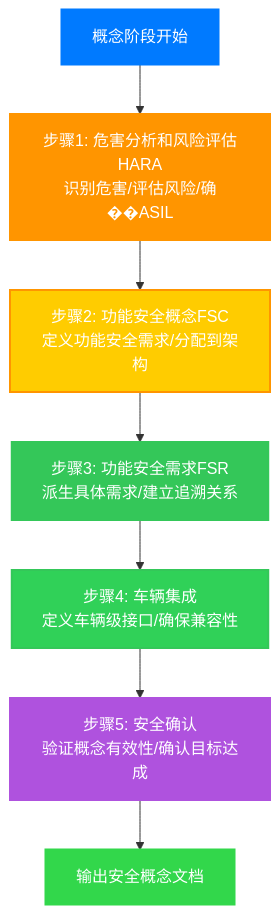
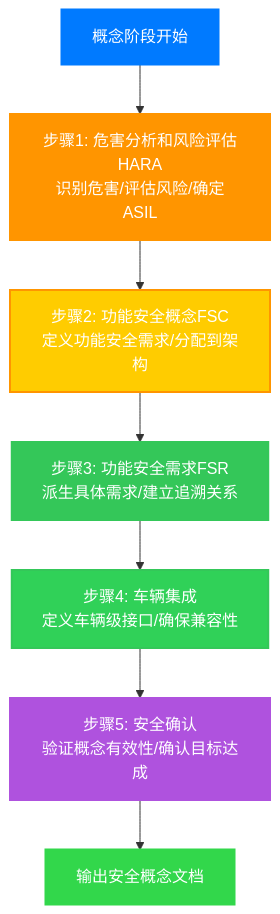
One commit to s-ai-unix/blog changed the diagram in content/posts/2026-01-11-iso26262-3-concept.md. Above: the diagram before and after it, drawn with Mermaid. The commit also changed 1 other file, not shown here.

Commit message:
Fix encoding issues

````diff
--- a/content/posts/2026-01-11-iso26262-3-concept.md
+++ b/content/posts/2026-01-11-iso26262-3-concept.md
@@ -28,17 +28,17 @@
 ```mermaid
 flowchart TD
-    Start[概念阶段开始] --> Step1[步骤1: 危害分析和风险评估HARA<br/>识别危害/评估风险/确��ASIL]
+    Start[概念阶段开始] --> Step1[步骤1: 危害分析和风险评估HARA<br/>识别危害/评估风险/确定ASIL]
     Step1 --> Step2[步骤2: 功能安全概念FSC<br/>定义功能安全需求/分配到架构]
     Step2 --> Step3[步骤3: 功能安全需求FSR<br/>派生具体需求/建立追溯关系]
     Step3 --> Step4[步骤4: 车辆集成<br/>定义车辆级接口/确保兼容性]
     Step4 --> Step5[步骤5: 安全确认<br/>验证概念有效性/确认目标达成]
     Step5 --> End[输出安全概念文档]
 
     style Start fill:#007AFF,stroke:#007AFF,stroke-width:3px,color:#ffffff
     style Step1 fill:#FF9500,stroke:#FF9500,stroke-width:2px,color:#ffffff
     style Step2 fill:#FFCC00,stroke:#FF9500,stroke-width:2px,color:#ffffff
     style Step3 fill:#34C759,stroke:#34C759,stroke-width:2px,color:#ffffff
     style Step4 fill:#30D158,stroke:#34C759,stroke-width:2px,color:#ffffff
     style Step5 fill:#AF52DE,stroke:#AF52DE,stroke-width:2px,color:#ffffff
     style End fill:#32D74B,stroke:#32D74B,stroke-width:3px,color:#ffffff
 ```
````
